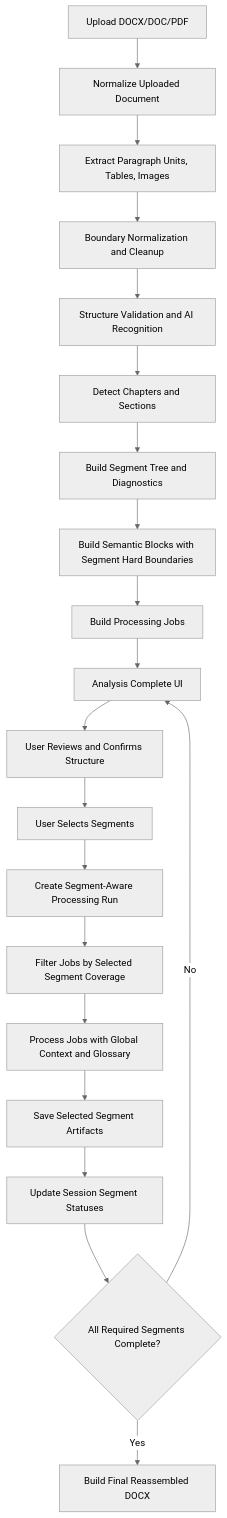
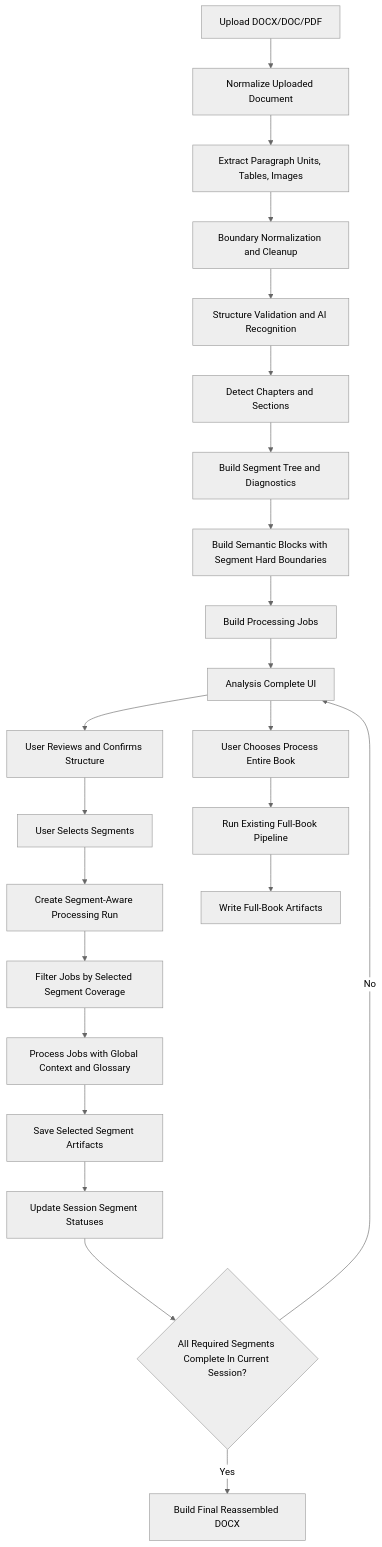
The diagram in docs/specs/CHAPTER_BASED_DOCUMENT_PROCESSING_WORKFLOW_SPEC_2026-05-06.md (slawa19/DocxAICorrector), drawn with Mermaid (neutral theme) before and after one commit. The commit also changed other lines of this file, not shown here.

Commit message:
feat: Enhance chapter processing with boundary fingerprints and full-book execution path

````diff
--- a/docs/specs/CHAPTER_BASED_DOCUMENT_PROCESSING_WORKFLOW_SPEC_2026-05-06.md
+++ b/docs/specs/CHAPTER_BASED_DOCUMENT_PROCESSING_WORKFLOW_SPEC_2026-05-06.md
@@ -1054,22 +1369,25 @@
 ```mermaid
 flowchart TD
     A[Upload DOCX/DOC/PDF] --> B[Normalize Uploaded Document]
     B --> C[Extract Paragraph Units, Tables, Images]
     C --> D[Boundary Normalization and Cleanup]
     D --> E[Structure Validation and AI Recognition]
     E --> F[Detect Chapters and Sections]
     F --> G[Build Segment Tree and Diagnostics]
     G --> H[Build Semantic Blocks with Segment Hard Boundaries]
     H --> I[Build Processing Jobs]
     I --> J[Analysis Complete UI]
     J --> K[User Reviews and Confirms Structure]
+    J --> T[User Chooses Process Entire Book]
     K --> L[User Selects Segments]
     L --> M[Create Segment-Aware Processing Run]
     M --> N[Filter Jobs by Selected Segment Coverage]
     N --> O[Process Jobs with Global Context and Glossary]
     O --> P[Save Selected Segment Artifacts]
     P --> Q[Update Session Segment Statuses]
-    Q --> R{All Required Segments Complete?}
+    T --> U[Run Existing Full-Book Pipeline]
+    U --> V[Write Full-Book Artifacts]
+    Q --> R{All Required Segments Complete In Current Session?}
     R -->|No| J
     R -->|Yes| S[Build Final Reassembled DOCX]
 ```
````
